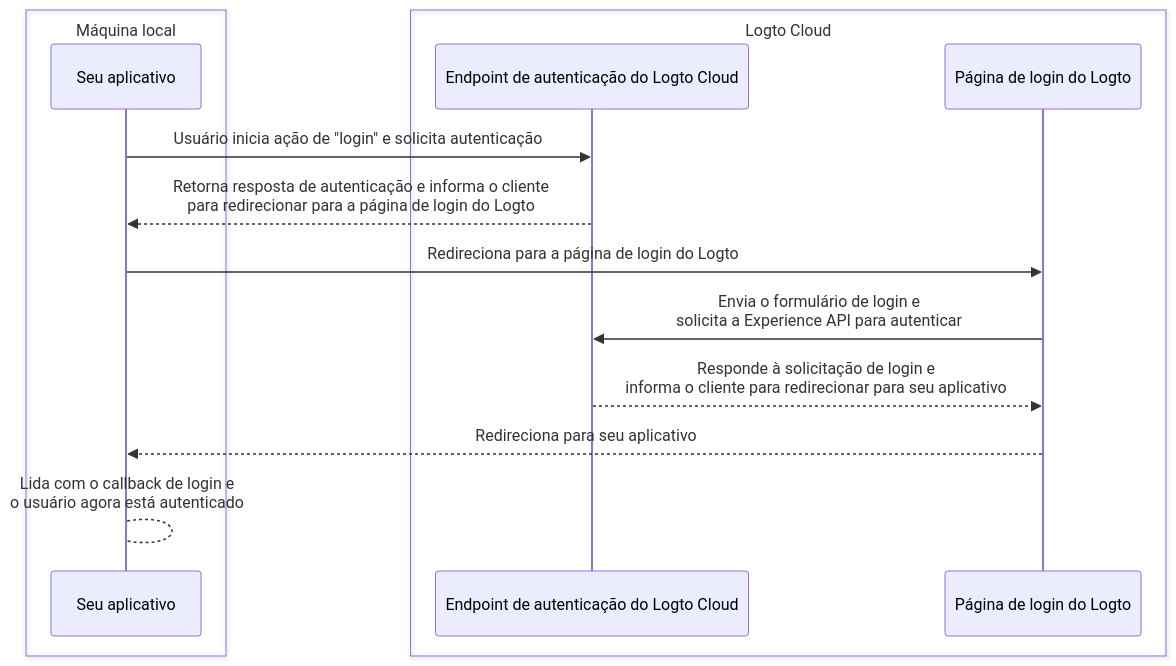
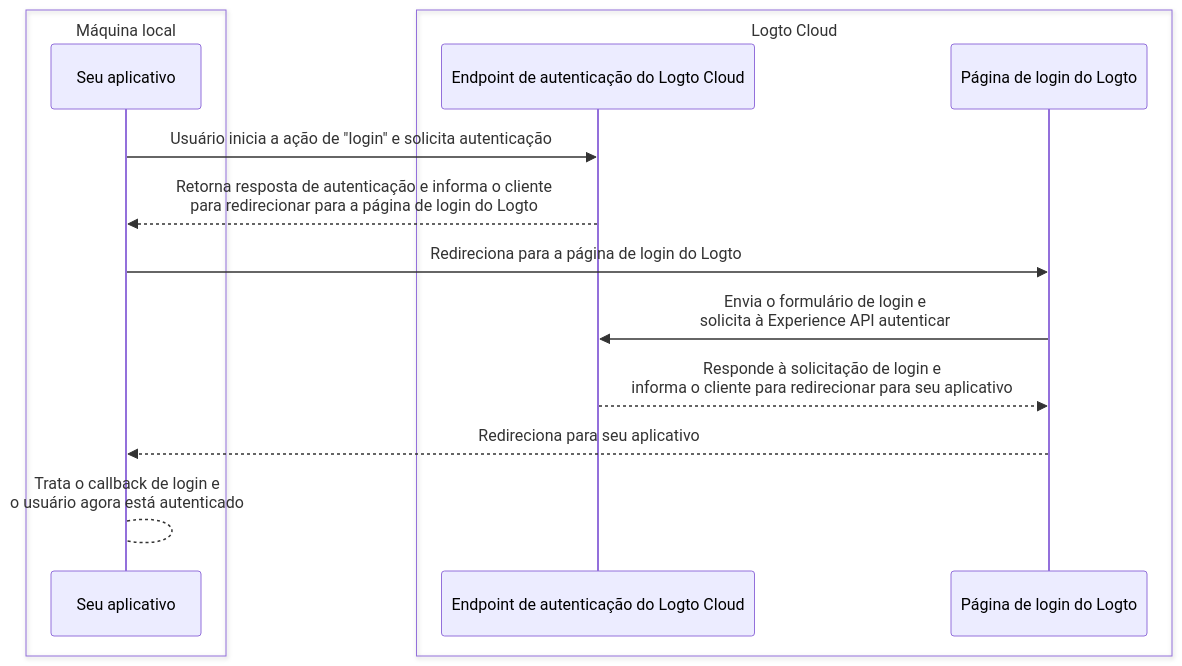
Before and after one commit to logto-io/docs: the first of 2 diagrams in i18n/pt-BR/docusaurus-plugin-content-docs/current/customization/bring-your-ui/debug-and-test-your-custom-ui-locally.mdx, drawn with Mermaid. The commit also changed other lines of this file and 666 other files, not shown here.

````diff
--- a/i18n/pt-BR/docusaurus-plugin-content-docs/current/customization/bring-your-ui/debug-and-test-your-custom-ui-locally.mdx
+++ b/i18n/pt-BR/docusaurus-plugin-content-docs/current/customization/bring-your-ui/debug-and-test-your-custom-ui-locally.mdx
@@ -19,17 +19,17 @@
 ```mermaid
 sequenceDiagram
     box Máquina local
     participant A as Seu aplicativo
     end
     box Logto Cloud
     participant B as Endpoint de autenticação do Logto Cloud
     participant C as Página de login do Logto
     end
-    A ->> B: Usuário inicia ação de "login" e solicita autenticação
+    A ->> B: Usuário inicia a ação de "login" e solicita autenticação
     B -->> A: Retorna resposta de autenticação e informa o cliente<br/>para redirecionar para a página de login do Logto
     A ->> C: Redireciona para a página de login do Logto
-    C ->> B: Envia o formulário de login e<br/>solicita a Experience API para autenticar
+    C ->> B: Envia o formulário de login e<br/>solicita à Experience API autenticar
     B -->> C: Responde à solicitação de login e<br/>informa o cliente para redirecionar para seu aplicativo
     C -->> A: Redireciona para seu aplicativo
-    A --> A: Lida com o callback de login e<br/>o usuário agora está autenticado
+    A --> A: Trata o callback de login e<br/>o usuário agora está autenticado
 ```
````
